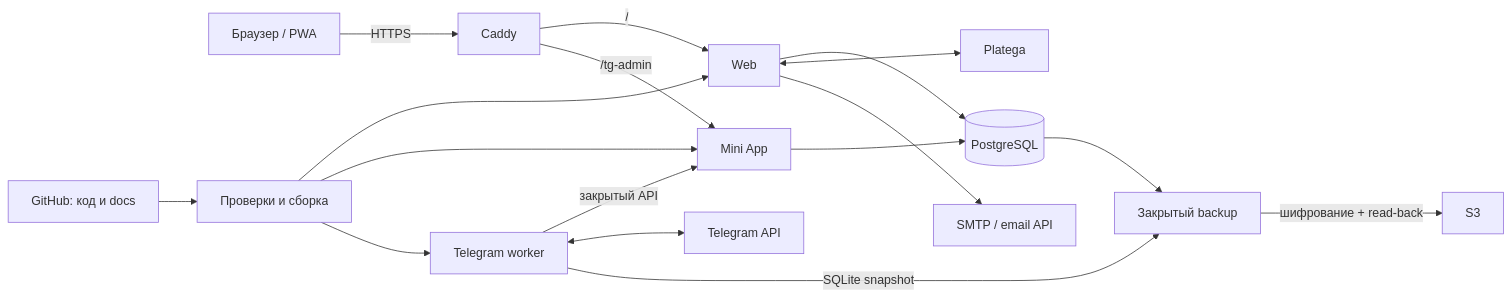
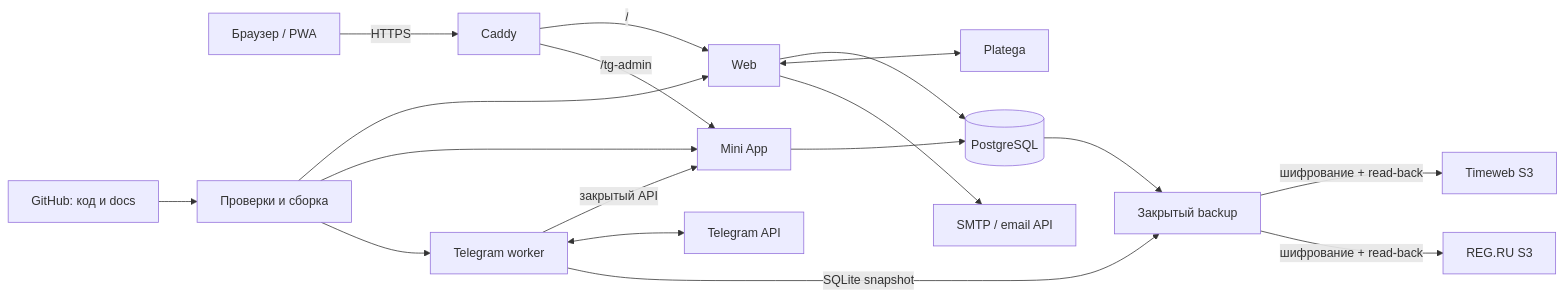
Before and after one commit to nightengineer/GSPro-Instructions: the first of 3 diagrams in docs/architecture/Flows.md, drawn with Mermaid. The commit also changed other lines of this file and 110 other files, not shown here.

````diff
--- a/docs/architecture/Flows.md
+++ b/docs/architecture/Flows.md
@@ -7,19 +7,20 @@
 ```mermaid
 flowchart LR
  U[Браузер / PWA] -->|HTTPS| C[Caddy]
  C -->|/| W[Web]
  C -->|/tg-admin| M[Mini App]
  W --> D[(PostgreSQL)]
  M --> D
  B[Telegram worker] -->|закрытый API| M
  B <--> T[Telegram API]
  W <--> P[Platega]
  W --> E[SMTP / email API]
  D --> K[Закрытый backup]
  B -->|SQLite snapshot| K
- K -->|шифрование + read-back| S[S3]
+ K -->|шифрование + read-back| S1[Timeweb S3]
+  K -->|шифрование + read-back| S2[REG.RU S3]
  G[GitHub: код и docs] --> R[Проверки и сборка]
  R --> W
  R --> M
  R --> B
 ```
````
